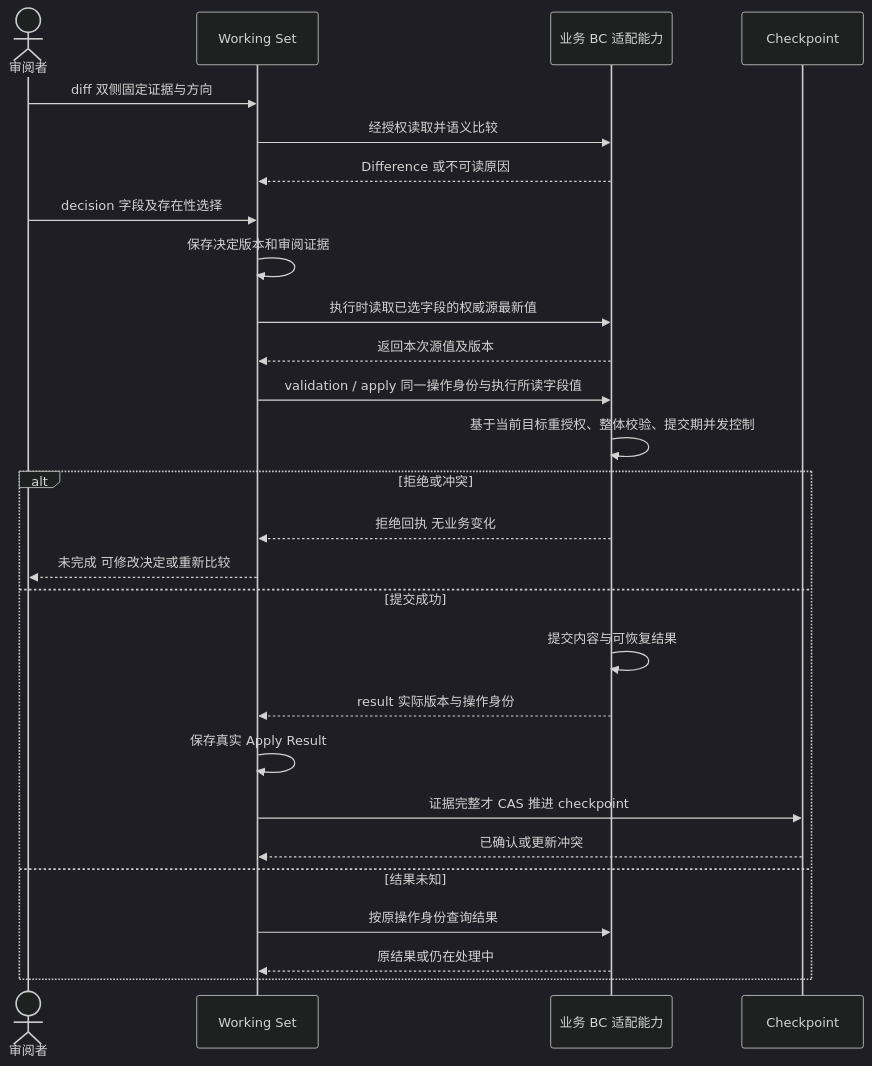
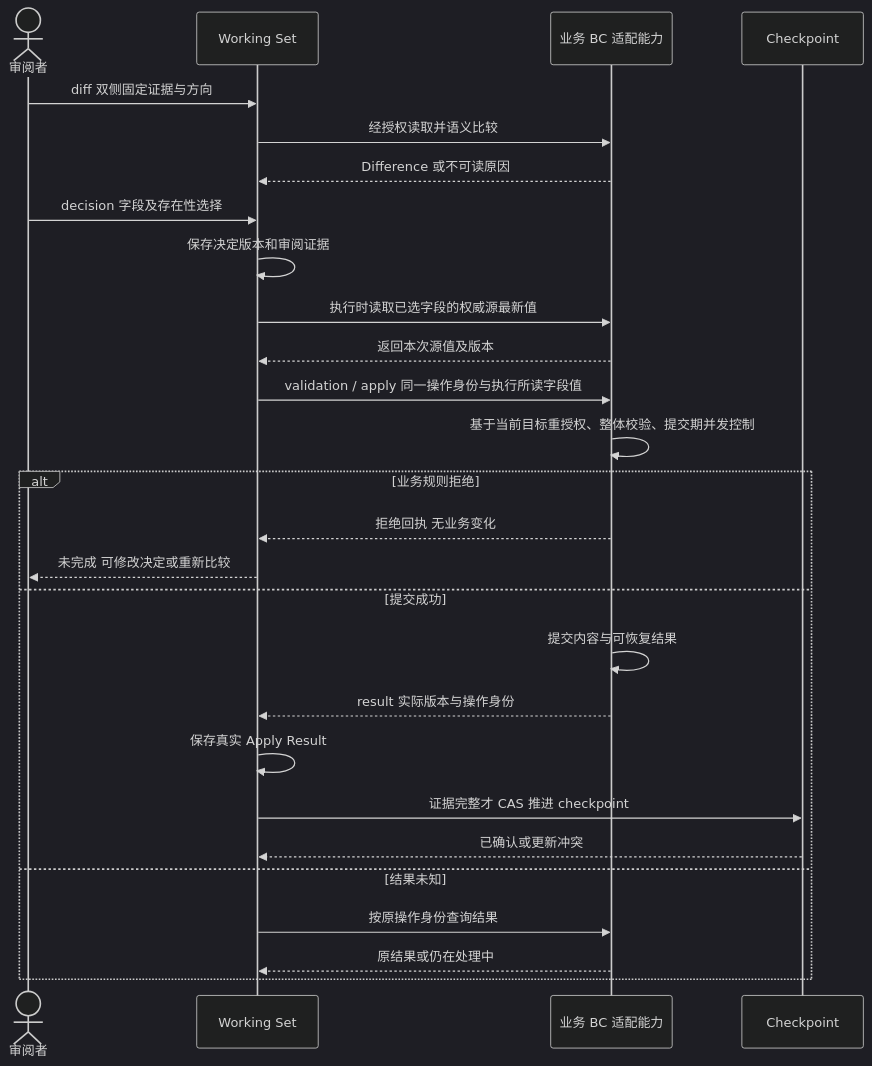
The first of 4 diagrams in docs/working-set/diagrams/collaboration-behavior.md (Greytrack/ddd-workingset), drawn with Mermaid (dark theme) before and after one commit. The commit also changed other lines of this file and 5 other files, not shown here.

````diff
--- a/docs/working-set/diagrams/collaboration-behavior.md
+++ b/docs/working-set/diagrams/collaboration-behavior.md
@@ -7,29 +9,29 @@
 ```mermaid
 sequenceDiagram
     actor U as 审阅者
     participant W as Working Set
     participant B as 业务 BC 适配能力
     participant K as Checkpoint
     U->>W: diff 双侧固定证据与方向
     W->>B: 经授权读取并语义比较
     B-->>W: Difference 或不可读原因
     U->>W: decision 字段及存在性选择
     W->>W: 保存决定版本和审阅证据
     W->>B: 执行时读取已选字段的权威源最新值
     B-->>W: 返回本次源值及版本
     W->>B: validation / apply 同一操作身份与执行所读字段值
     B->>B: 基于当前目标重授权、整体校验、提交期并发控制
-    alt 拒绝或冲突
+    alt 业务规则拒绝
         B-->>W: 拒绝回执 无业务变化
         W-->>U: 未完成 可修改决定或重新比较
     else 提交成功
         B->>B: 提交内容与可恢复结果
         B-->>W: result 实际版本与操作身份
         W->>W: 保存真实 Apply Result
         W->>K: 证据完整才 CAS 推进 checkpoint
         K-->>W: 已确认或更新冲突
     else 结果未知
         W->>B: 按原操作身份查询结果
         B-->>W: 原结果或仍在处理中
     end
 ```
````
